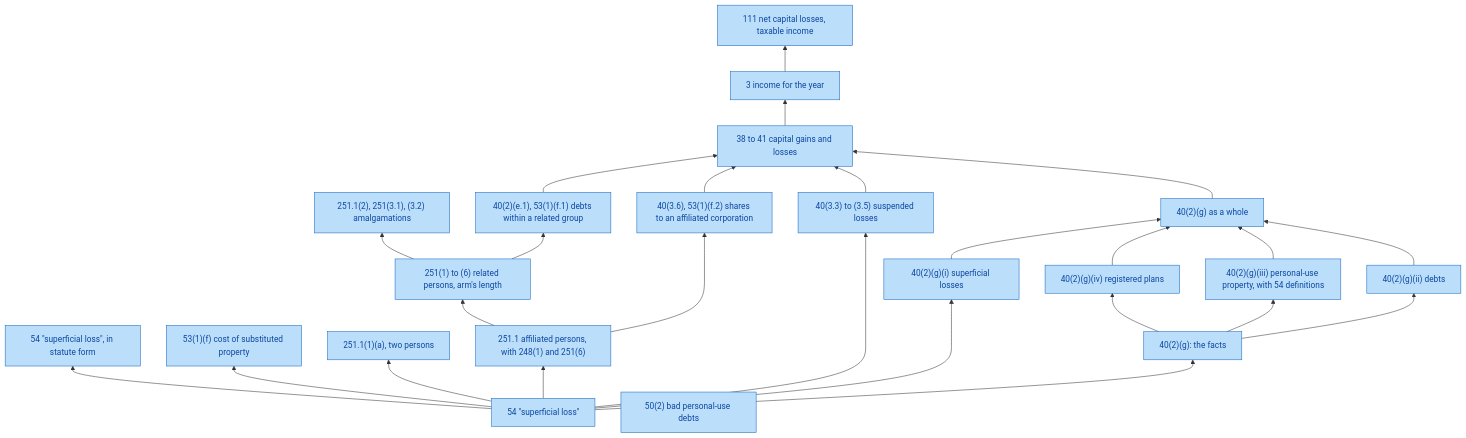
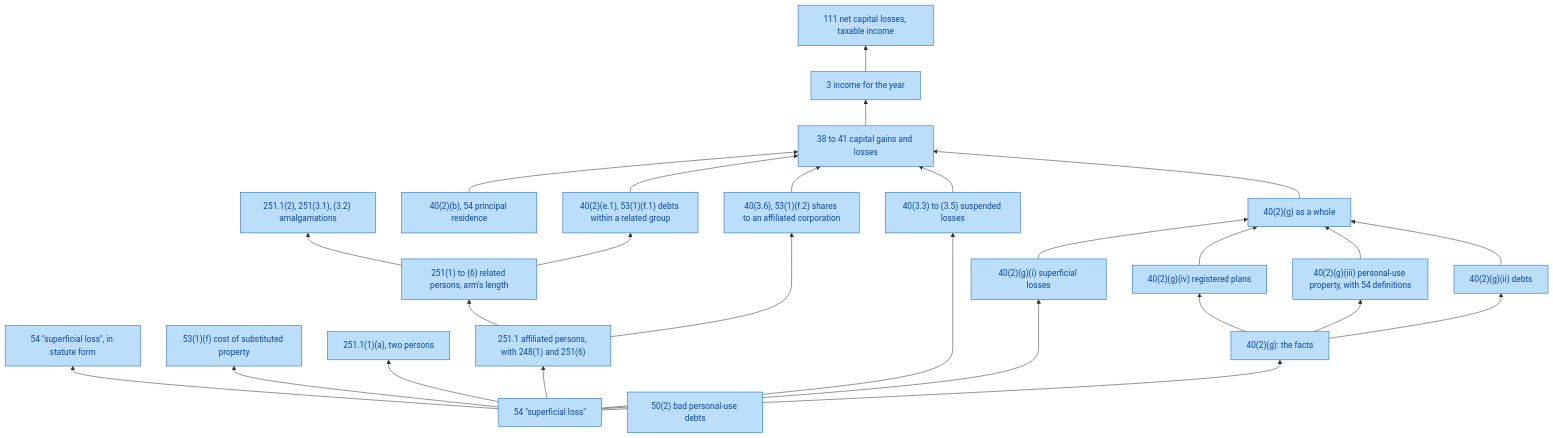
Before and after one commit to SeanWMurray/Canteen: the diagram in docs/graphs/provisions.md, drawn with Mermaid. The commit also changed 17 other files, not shown here.

First line of the commit message:
Encode the principal residence exemption: 40(2)(b) and 54

````diff
--- a/docs/graphs/provisions.md
+++ b/docs/graphs/provisions.md
@@ -7,48 +7,50 @@
 ```mermaid
 flowchart BT
   v0["54 #quot;superficial loss#quot;"]:::prov
   v1["40(2)(g)(i) superficial losses"]:::prov
   v2["54 #quot;superficial loss#quot;, in statute form"]:::prov
   v3["53(1)(f) cost of substituted property"]:::prov
   v4["251.1(1)(a), two persons"]:::prov
   v5["251.1 affiliated persons, with 248(1) and 251(6)"]:::prov
   v6["251(1) to (6) related persons, arm's length"]:::prov
   v7["251.1(2), 251(3.1), (3.2) amalgamations"]:::prov
   v8["40(2)(g): the facts"]:::prov
   v9["40(2)(g)(ii) debts"]:::prov
   v10["40(2)(g)(iii) personal-use property, with 54 definitions"]:::prov
   v11["40(2)(g)(iv) registered plans"]:::prov
   v12["40(2)(g) as a whole"]:::prov
   v13["40(3.3) to (3.5) suspended losses"]:::prov
   v14["40(3.6), 53(1)(f.2) shares to an affiliated corporation"]:::prov
   v15["40(2)(e.1), 53(1)(f.1) debts within a related group"]:::prov
-  v16["38 to 41 capital gains and losses"]:::prov
-  v17["3 income for the year"]:::prov
-  v18["111 net capital losses, taxable income"]:::prov
-  v19["50(2) bad personal-use debts"]:::prov
+  v16["40(2)(b), 54 principal residence"]:::prov
+  v17["38 to 41 capital gains and losses"]:::prov
+  v18["3 income for the year"]:::prov
+  v19["111 net capital losses, taxable income"]:::prov
+  v20["50(2) bad personal-use debts"]:::prov
   v0 --> v1
   v0 --> v2
   v0 --> v3
   v0 --> v4
   v0 --> v5
   v5 --> v6
   v6 --> v7
   v0 --> v8
   v8 --> v9
   v8 --> v10
   v8 --> v11
   v9 --> v12
   v10 --> v12
   v11 --> v12
   v1 --> v12
   v0 --> v13
   v5 --> v14
   v6 --> v15
-  v12 --> v16
-  v13 --> v16
-  v14 --> v16
-  v15 --> v16
+  v12 --> v17
+  v13 --> v17
+  v14 --> v17
+  v15 --> v17
   v16 --> v17
   v17 --> v18
+  v18 --> v19
   classDef prov fill:#bbdefb,stroke:#1565c0,color:#0d47a1
 ```
````
